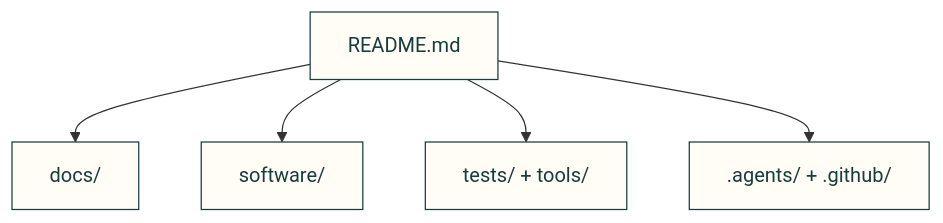
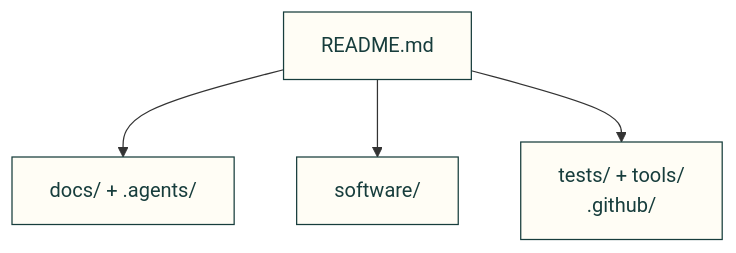
One commit to Valpatel/cad-agent changed the diagram in docs/map.md. Above: the diagram before and after it, drawn with Mermaid. The commit also changed 7 other files, not shown here.

````diff
--- a/docs/map.md
+++ b/docs/map.md
@@ -5,9 +5,8 @@
 ```mermaid
 flowchart TD
-    R["README.md"] --> D["docs/"]
+    R["README.md"] --> D["docs/ + .agents/"]
     R --> S["software/"]
-    R --> T["tests/ + tools/"]
-    R --> A[".agents/ + .github/"]
+    R --> T["tests/ + tools/<br/>.github/"]
     classDef here fill:#fffdf5,stroke:#173d3c,color:#173d3c
-    class R,D,S,T,A here
+    class R,D,S,T here
 ```
````
